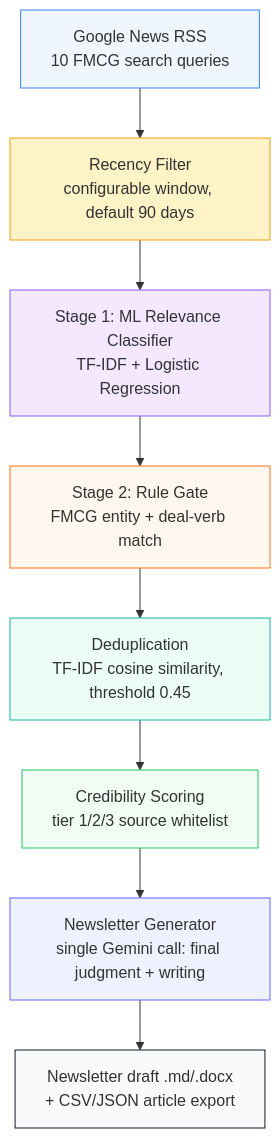
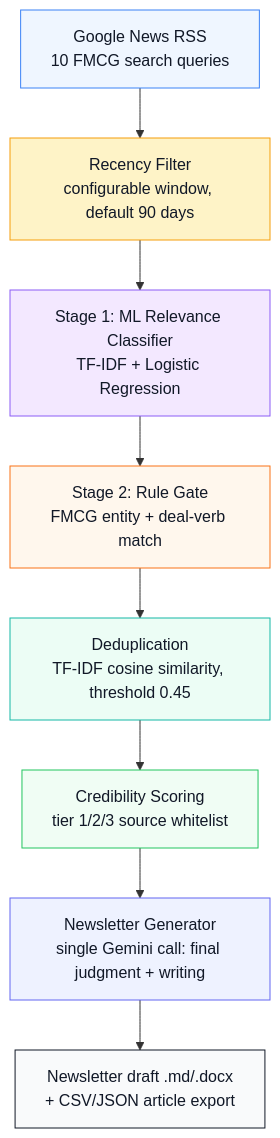
Before and after one commit to scariadon5/FMCG-Deal-Intelligence: the diagram in README.md, drawn with Mermaid.

Commit message:
Fix architecture diagram text contrast in dark mode (explicit node text color)

````diff
--- a/README.md
+++ b/README.md
@@ -12,19 +12,19 @@
 ```mermaid
 flowchart TD
     A[Google News RSS<br/>10 FMCG search queries] --> B[Recency Filter<br/>configurable window, default 90 days]
     B --> C[Stage 1: ML Relevance Classifier<br/>TF-IDF + Logistic Regression]
     C --> D[Stage 2: Rule Gate<br/>FMCG entity + deal-verb match]
     D --> E[Deduplication<br/>TF-IDF cosine similarity, threshold 0.45]
     E --> F[Credibility Scoring<br/>tier 1/2/3 source whitelist]
     F --> G[Newsletter Generator<br/>single Gemini call: final judgment + writing]
     G --> H[Newsletter draft .md/.docx<br/>+ CSV/JSON article export]
 
-    style A fill:#EFF6FF,stroke:#3B82F6
-    style B fill:#FEF3C7,stroke:#F59E0B
-    style C fill:#F3E8FF,stroke:#8B5CF6
-    style D fill:#FFF7ED,stroke:#F97316
-    style E fill:#ECFDF5,stroke:#14B8A6
-    style F fill:#F0FDF4,stroke:#22C55E
-    style G fill:#EEF2FF,stroke:#6366F1
-    style H fill:#F9FAFB,stroke:#111827
+    style A fill:#EFF6FF,stroke:#3B82F6,color:#111827
+    style B fill:#FEF3C7,stroke:#F59E0B,color:#111827
+    style C fill:#F3E8FF,stroke:#8B5CF6,color:#111827
+    style D fill:#FFF7ED,stroke:#F97316,color:#111827
+    style E fill:#ECFDF5,stroke:#14B8A6,color:#111827
+    style F fill:#F0FDF4,stroke:#22C55E,color:#111827
+    style G fill:#EEF2FF,stroke:#6366F1,color:#111827
+    style H fill:#F9FAFB,stroke:#111827,color:#111827
 ```
````
